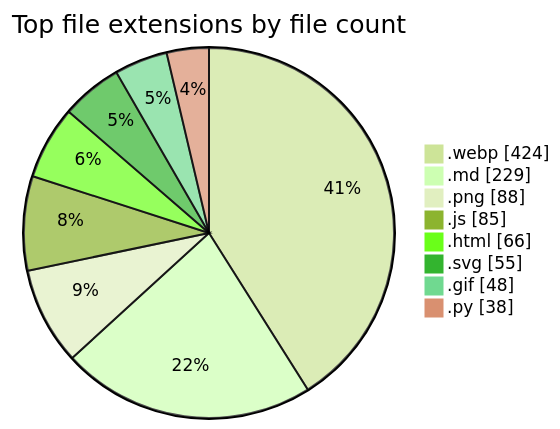
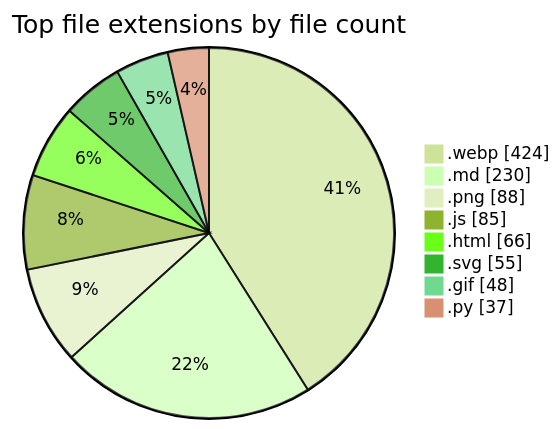
Before and after one commit to tchinso/tchinso: the second of 2 diagrams in README.md, drawn with Mermaid (forest theme). The commit also changed other lines of this file, not shown here.

````diff
--- a/README.md
+++ b/README.md
@@ -53,12 +53,12 @@
 ```mermaid
 pie showData
     title Top file extensions by file count
     ".webp" : 424
-    ".md" : 229
+    ".md" : 230
     ".png" : 88
     ".js" : 85
     ".html" : 66
     ".svg" : 55
     ".gif" : 48
-    ".py" : 38
+    ".py" : 37
 ```
````
